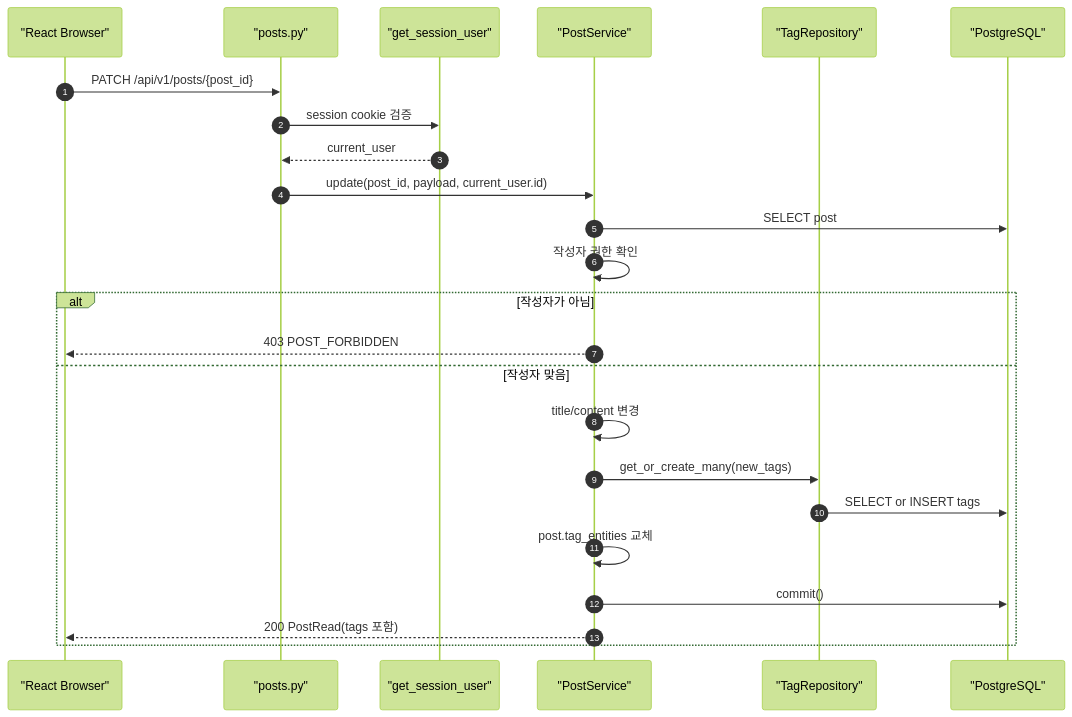
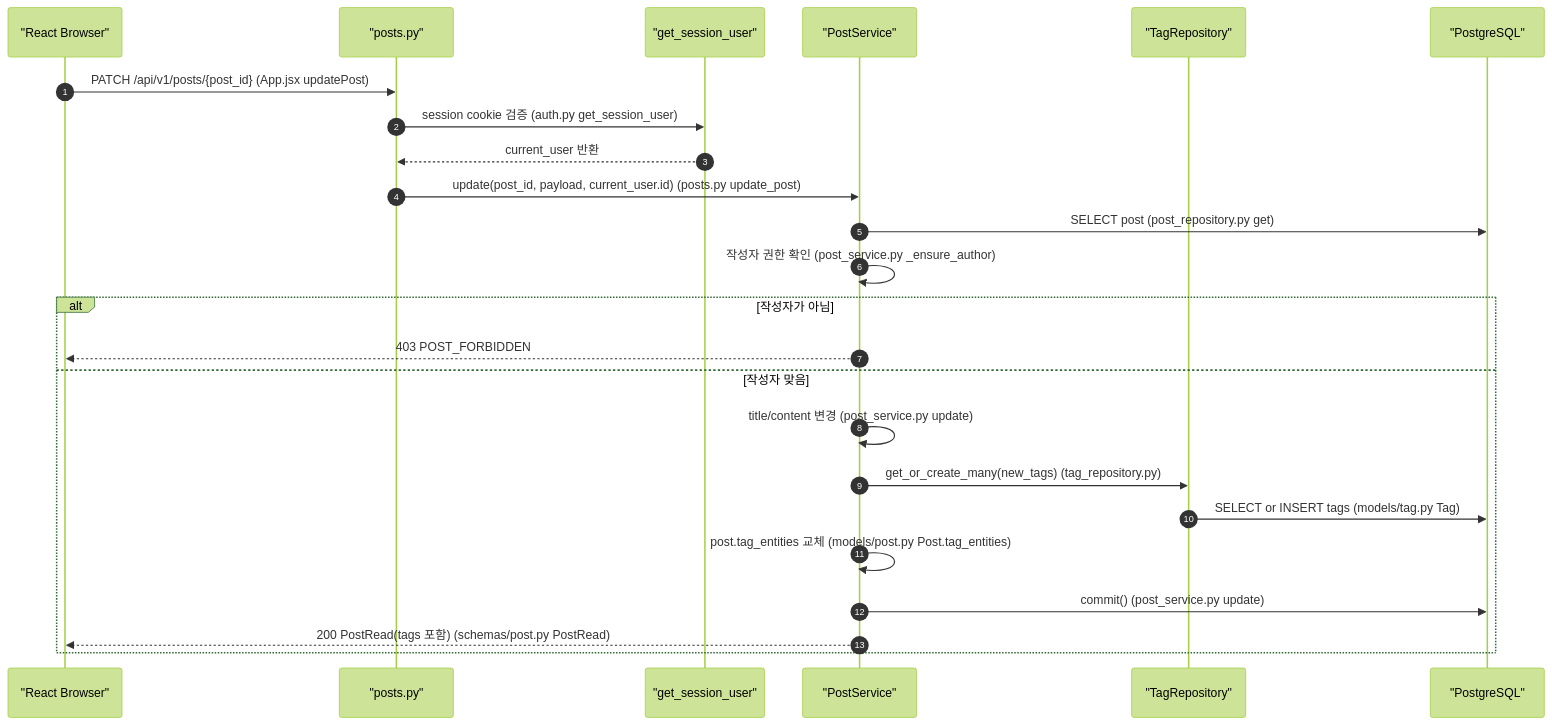
Before and after one commit to JUNGLE-TEAM1/W16_team_sprint: the third of 6 diagrams in docs2/sprint-4/implementation-record.md, drawn with Mermaid (forest theme). The commit also changed other lines of this file and 2 other files, not shown here.

````diff
--- a/docs2/sprint-4/implementation-record.md
+++ b/docs2/sprint-4/implementation-record.md
@@ -246,27 +389,27 @@
 ```mermaid
 sequenceDiagram
     autonumber
     participant Browser as "React Browser"
     participant Router as "posts.py"
     participant Auth as "get_session_user"
     participant Service as "PostService"
     participant TagRepo as "TagRepository"
     participant DB as "PostgreSQL"
 
-    Browser->>Router: PATCH /api/v1/posts/{post_id}
-    Router->>Auth: session cookie 검증
-    Auth-->>Router: current_user
-    Router->>Service: update(post_id, payload, current_user.id)
-    Service->>DB: SELECT post
-    Service->>Service: 작성자 권한 확인
+    Browser->>Router: PATCH /api/v1/posts/{post_id} (App.jsx updatePost)
+    Router->>Auth: session cookie 검증 (auth.py get_session_user)
+    Auth-->>Router: current_user 반환
+    Router->>Service: update(post_id, payload, current_user.id) (posts.py update_post)
+    Service->>DB: SELECT post (post_repository.py get)
+    Service->>Service: 작성자 권한 확인 (post_service.py _ensure_author)
     alt 작성자가 아님
         Service-->>Browser: 403 POST_FORBIDDEN
     else 작성자 맞음
-        Service->>Service: title/content 변경
-        Service->>TagRepo: get_or_create_many(new_tags)
-        TagRepo->>DB: SELECT or INSERT tags
-        Service->>Service: post.tag_entities 교체
-        Service->>DB: commit()
-        Service-->>Browser: 200 PostRead(tags 포함)
+        Service->>Service: title/content 변경 (post_service.py update)
+        Service->>TagRepo: get_or_create_many(new_tags) (tag_repository.py)
+        TagRepo->>DB: SELECT or INSERT tags (models/tag.py Tag)
+        Service->>Service: post.tag_entities 교체 (models/post.py Post.tag_entities)
+        Service->>DB: commit() (post_service.py update)
+        Service-->>Browser: 200 PostRead(tags 포함) (schemas/post.py PostRead)
     end
 ```
````
